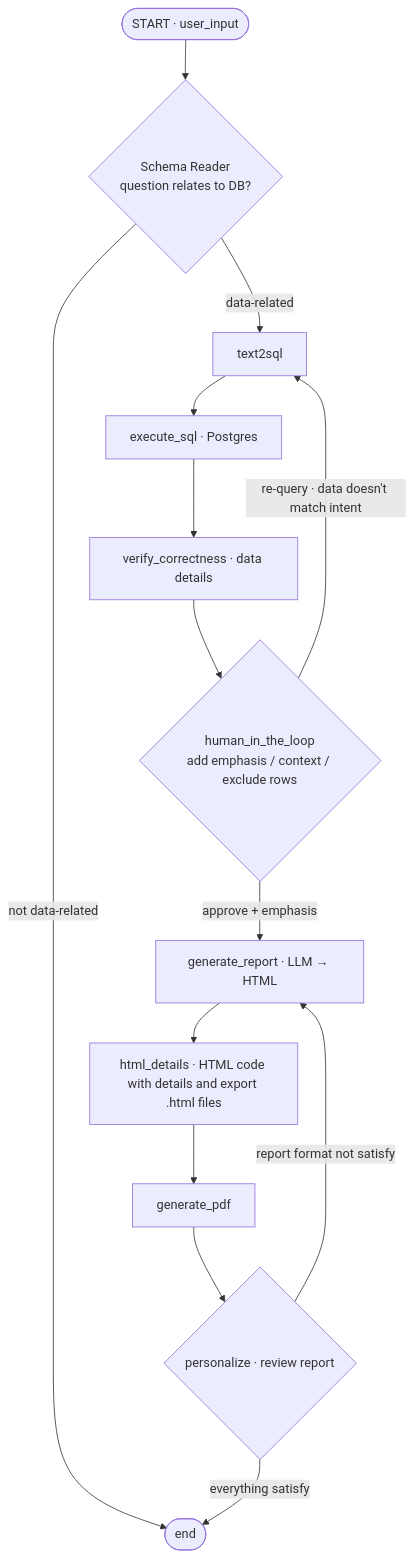
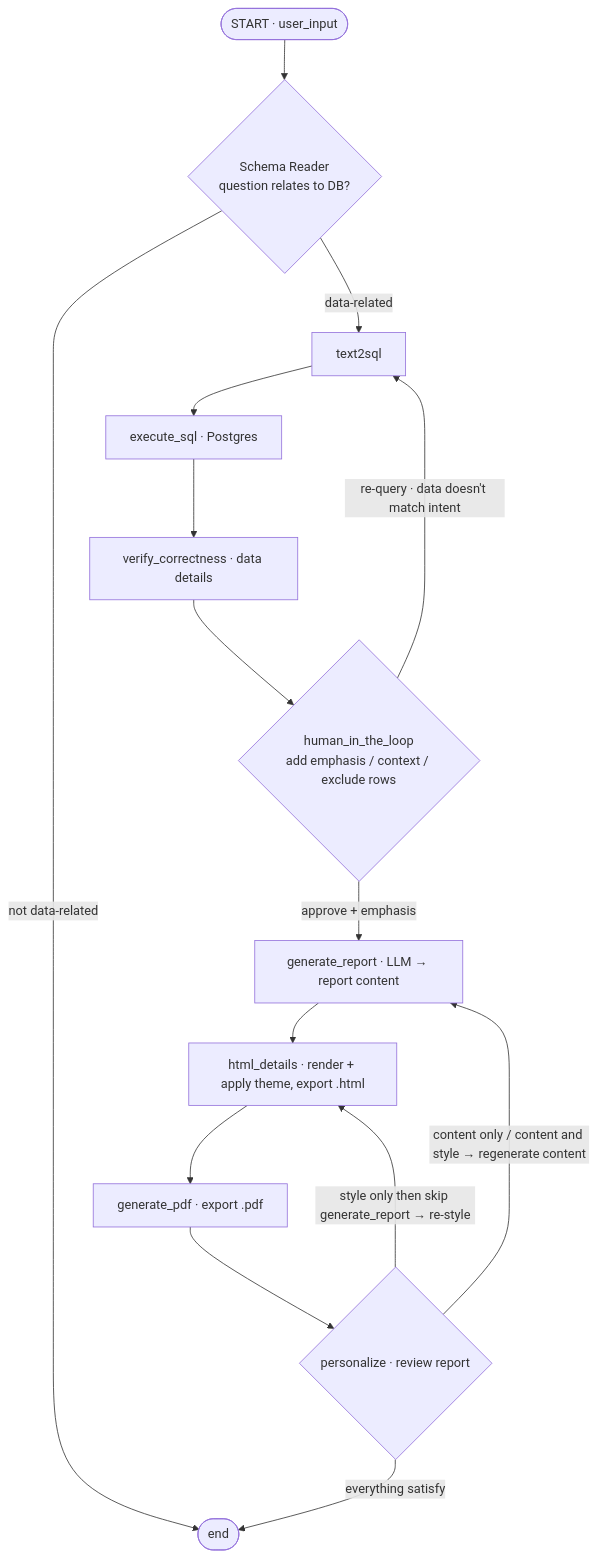
Before and after one commit to Nattawat1409/LLM-Auto-Generate-report: the diagram in app/docs/graph_draft.md, drawn with Mermaid. The commit also changed 6 other files, not shown here.

Commit message:
debugged auto generate reprot , support free text with refine content only , style only , content and style

````diff
--- a/app/docs/graph_draft.md
+++ b/app/docs/graph_draft.md
@@ -1,16 +1,17 @@
 ```mermaid
 flowchart TD
     START([START · user_input]) --> SCHEMA{Schema Reader<br/>question relates to DB?}
     SCHEMA -->|not data-related| DONE([end])
     SCHEMA -->|data-related| T2S[text2sql]
     T2S --> EXEC[execute_sql · Postgres]
     EXEC --> VERIFY[verify_correctness · data details]
     VERIFY --> HITL{human_in_the_loop<br/>add emphasis / context / exclude rows}
     HITL -->|re-query · data doesn't match intent| T2S
-    HITL -->|approve + emphasis| GEN[generate_report · LLM → HTML]
-    GEN --> HTMLD[html_details · HTML code with details and export .html files]
-    HTMLD --> PDF[generate_pdf]
+    HITL -->|approve + emphasis| GEN[generate_report · LLM → report content]
+    GEN --> HTMLD[html_details · render + apply theme, export .html]
+    HTMLD --> PDF[generate_pdf · export .pdf]
     PDF --> PERS{personalize · review report}
-    PERS -->|report format not satisfy| GEN
+    PERS -->|content only / content and style → regenerate content| GEN
+    PERS -->|style only then skip generate_report → re-style| HTMLD
     PERS -->|everything satisfy| DONE
 ```
````
